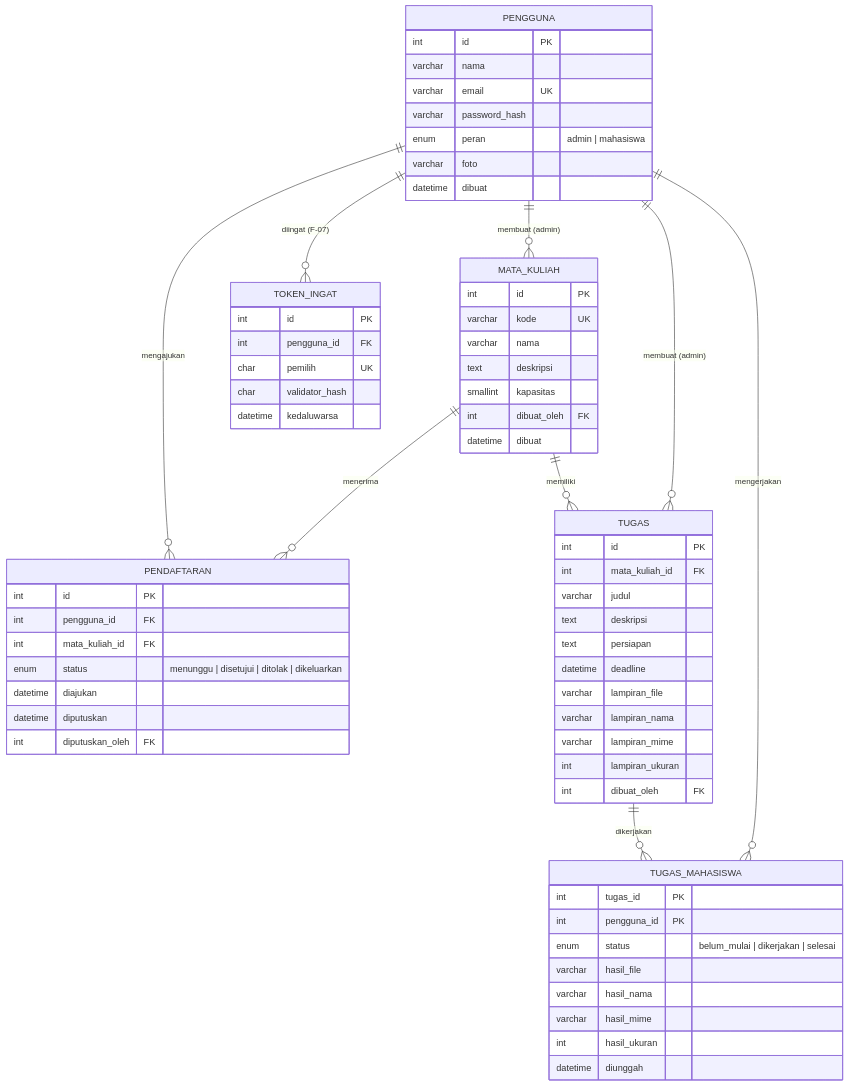
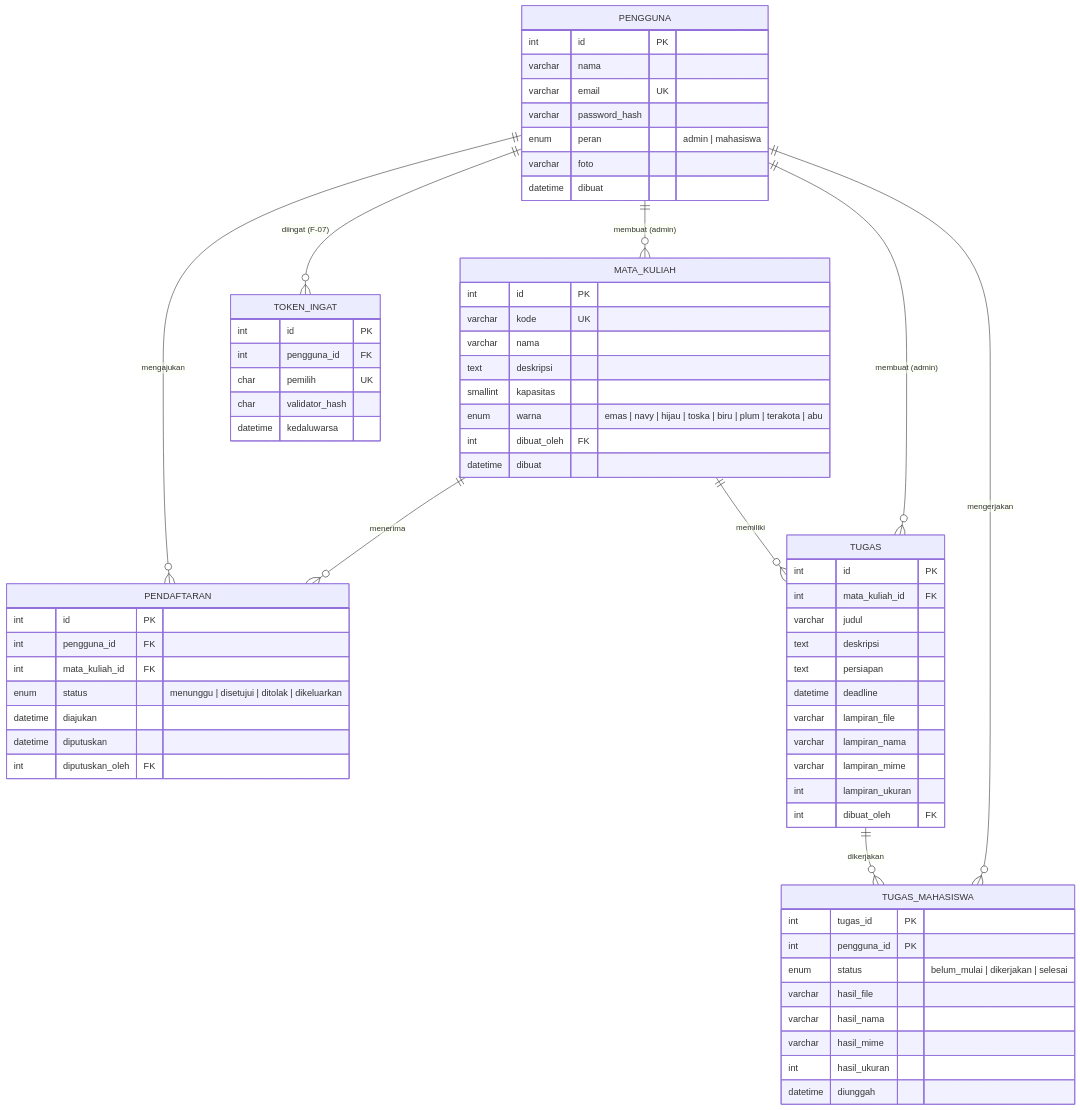
Diagram 12 of 12 in kelas-bersama/docs/FLOWCHART.md (Naffrize/uas-kelas-bersama), drawn with Mermaid before and after one commit. The commit also changed 42 other files, not shown here.

````diff
--- a/kelas-bersama/docs/FLOWCHART.md
+++ b/kelas-bersama/docs/FLOWCHART.md
@@ -302,69 +302,70 @@
 ```mermaid
 erDiagram
     PENGGUNA ||--o{ PENDAFTARAN : mengajukan
     MATA_KULIAH ||--o{ PENDAFTARAN : menerima
     MATA_KULIAH ||--o{ TUGAS : memiliki
     PENGGUNA ||--o{ MATA_KULIAH : "membuat (admin)"
     PENGGUNA ||--o{ TUGAS : "membuat (admin)"
     TUGAS ||--o{ TUGAS_MAHASISWA : dikerjakan
     PENGGUNA ||--o{ TUGAS_MAHASISWA : mengerjakan
     PENGGUNA ||--o{ TOKEN_INGAT : "diingat (F-07)"
 
     PENGGUNA {
         int id PK
         varchar nama
         varchar email UK
         varchar password_hash
         enum peran "admin | mahasiswa"
         varchar foto
         datetime dibuat
     }
     MATA_KULIAH {
         int id PK
         varchar kode UK
         varchar nama
         text deskripsi
         smallint kapasitas
+        enum warna "emas | navy | hijau | toska | biru | plum | terakota | abu"
         int dibuat_oleh FK
         datetime dibuat
     }
     PENDAFTARAN {
         int id PK
         int pengguna_id FK
         int mata_kuliah_id FK
         enum status "menunggu | disetujui | ditolak | dikeluarkan"
         datetime diajukan
         datetime diputuskan
         int diputuskan_oleh FK
     }
     TUGAS {
         int id PK
         int mata_kuliah_id FK
         varchar judul
         text deskripsi
         text persiapan
         datetime deadline
         varchar lampiran_file
         varchar lampiran_nama
         varchar lampiran_mime
         int lampiran_ukuran
         int dibuat_oleh FK
     }
     TUGAS_MAHASISWA {
         int tugas_id PK
         int pengguna_id PK
         enum status "belum_mulai | dikerjakan | selesai"
         varchar hasil_file
         varchar hasil_nama
         varchar hasil_mime
         int hasil_ukuran
         datetime diunggah
     }
     TOKEN_INGAT {
         int id PK
         int pengguna_id FK
         char pemilih UK
         char validator_hash
         datetime kedaluwarsa
     }
 ```
````
